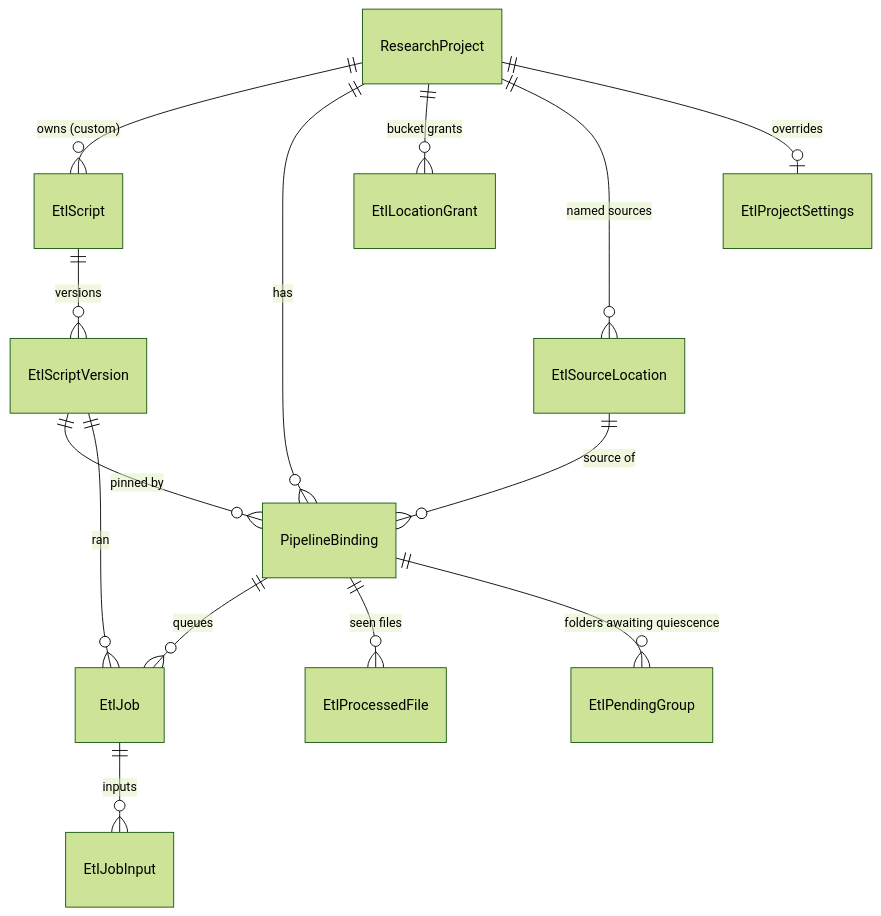
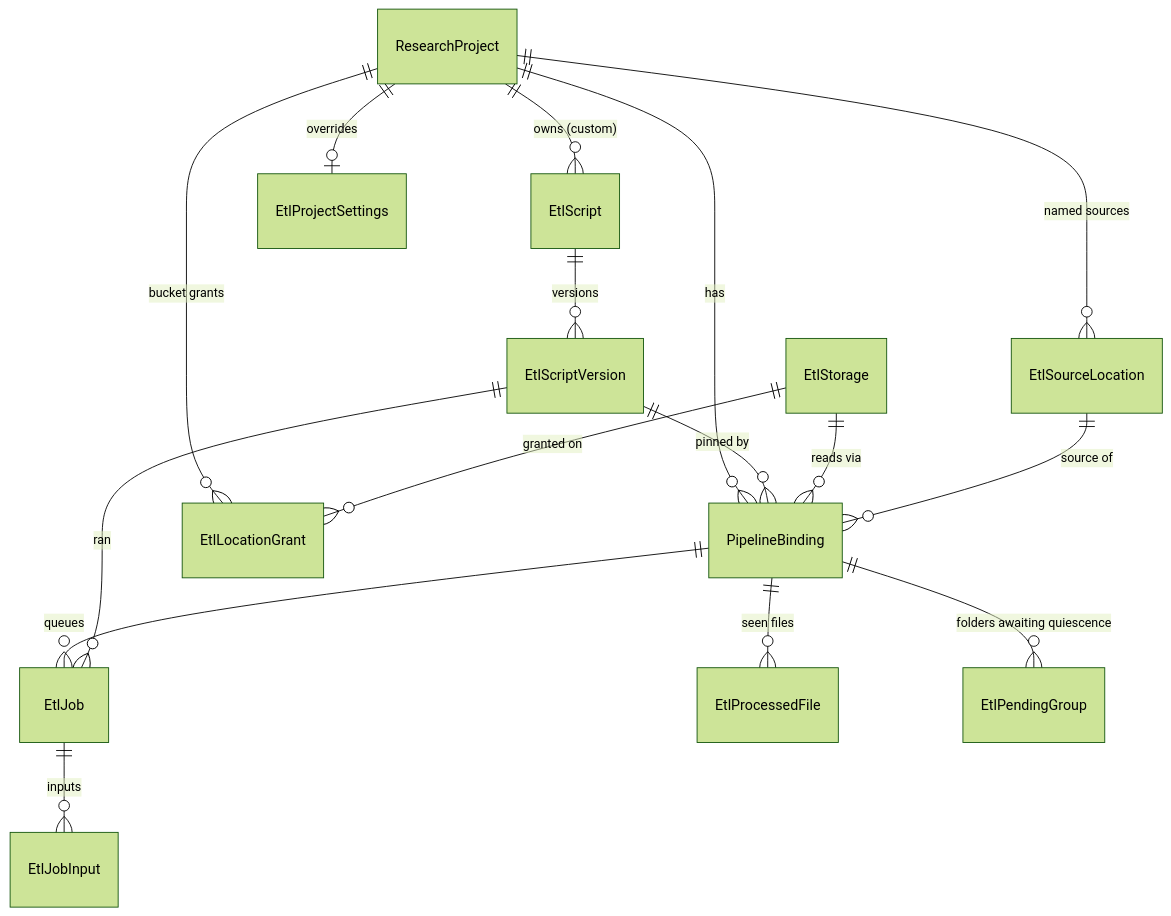
The second of 2 diagrams in src/MiqaResearch/documentation/manuals/technical/src/etl.md (SPRINTR-PC/miqa-research), drawn with Mermaid (forest theme) before and after one commit. The commit also changed other lines of this file and 130 other files, not shown here.

````diff
--- a/src/MiqaResearch/documentation/manuals/technical/src/etl.md
+++ b/src/MiqaResearch/documentation/manuals/technical/src/etl.md
@@ -121,16 +121,18 @@
 ```{mermaid}
 erDiagram
     ResearchProject ||--o{ EtlScript : "owns (custom)"
     EtlScript ||--o{ EtlScriptVersion : versions
     ResearchProject ||--o{ PipelineBinding : has
     EtlScriptVersion ||--o{ PipelineBinding : "pinned by"
     PipelineBinding ||--o{ EtlJob : queues
     EtlScriptVersion ||--o{ EtlJob : "ran"
     EtlJob ||--o{ EtlJobInput : inputs
     PipelineBinding ||--o{ EtlProcessedFile : "seen files"
     PipelineBinding ||--o{ EtlPendingGroup : "folders awaiting quiescence"
     ResearchProject ||--o{ EtlLocationGrant : "bucket grants"
+    EtlStorage ||--o{ EtlLocationGrant : "granted on"
+    EtlStorage ||--o{ PipelineBinding : "reads via"
     ResearchProject ||--o{ EtlSourceLocation : "named sources"
     EtlSourceLocation ||--o{ PipelineBinding : "source of"
     ResearchProject ||--o| EtlProjectSettings : overrides
 ```
````
